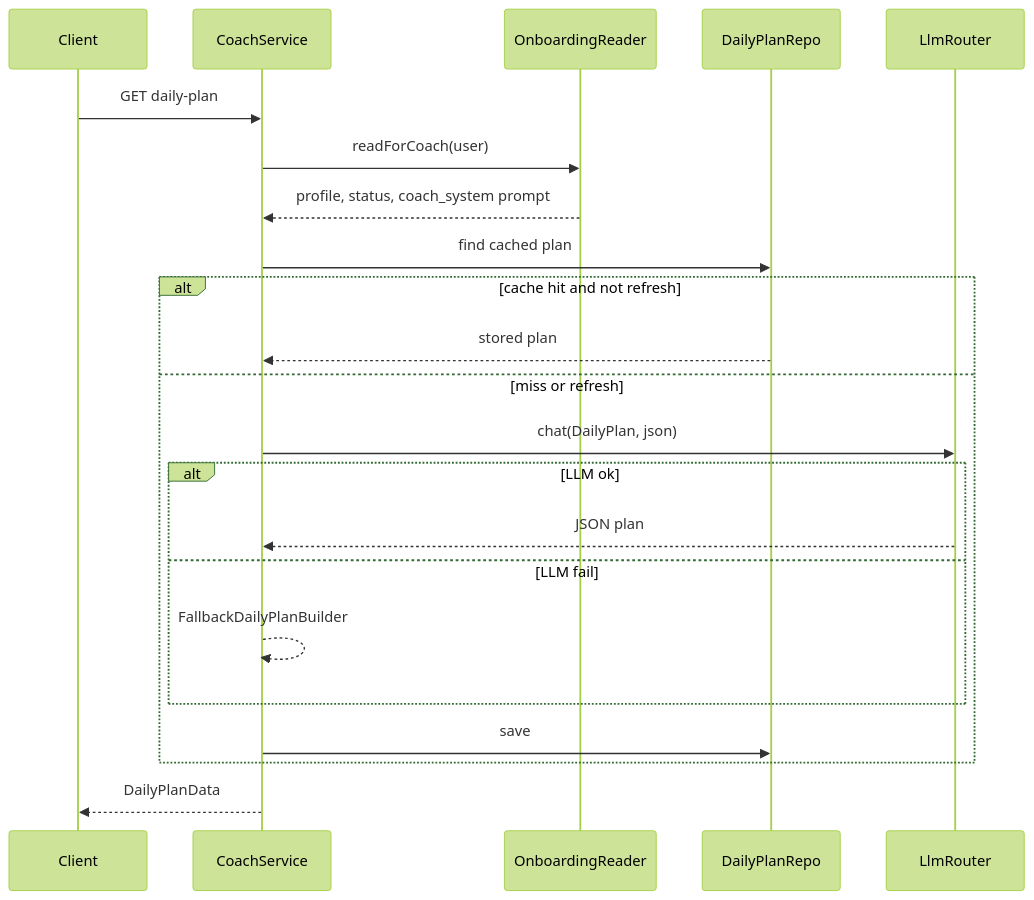
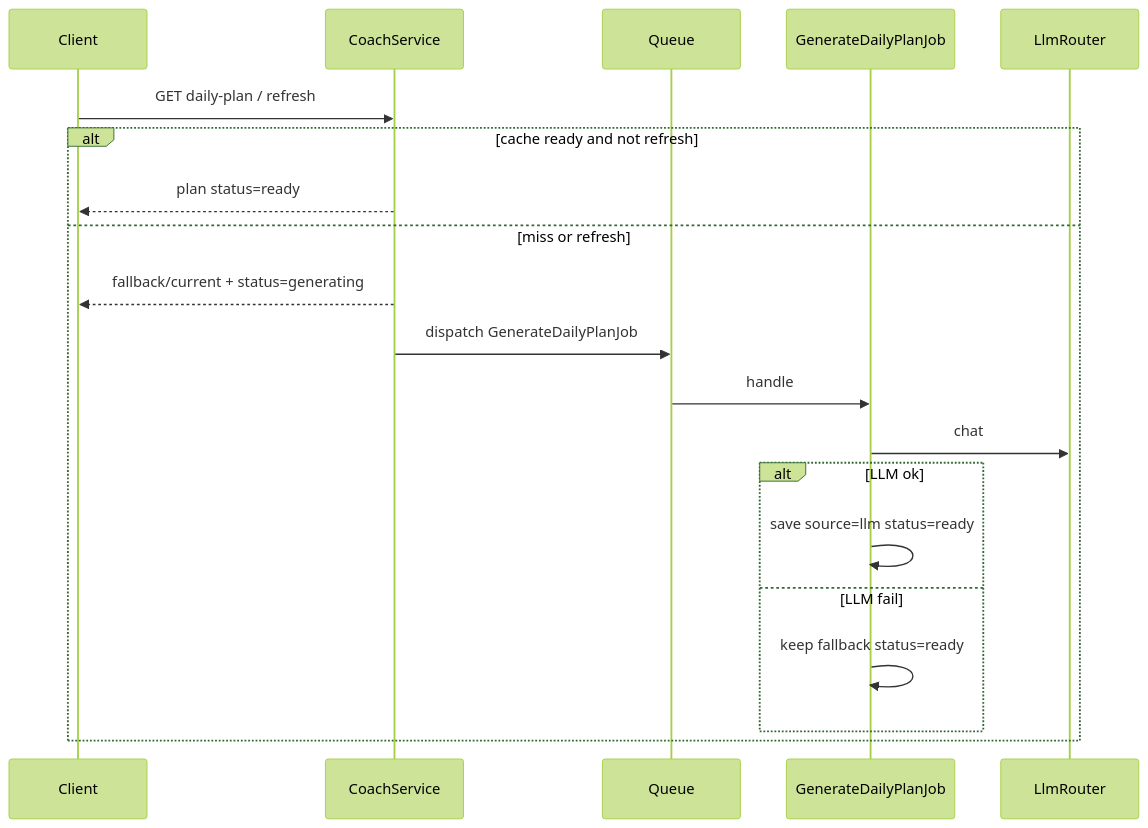
The diagram in docs/coach.md (hopelessness-7/evolv), drawn with Mermaid (forest theme) before and after one commit. The commit also changed other lines of this file and 132 other files, not shown here.

````diff
--- a/docs/coach.md
+++ b/docs/coach.md
@@ -75,25 +106,23 @@
 ```mermaid
 sequenceDiagram
     participant Client
     participant CoachService
-    participant OnboardingReader
-    participant DailyPlanRepo
+    participant Queue
+    participant Job as GenerateDailyPlanJob
     participant LlmRouter
 
-    Client->>CoachService: GET daily-plan
-    CoachService->>OnboardingReader: readForCoach(user)
-    OnboardingReader-->>CoachService: profile, status, coach_system prompt
-    CoachService->>DailyPlanRepo: find cached plan
-    alt cache hit and not refresh
-        DailyPlanRepo-->>CoachService: stored plan
+    Client->>CoachService: GET daily-plan / refresh
+    alt cache ready and not refresh
+        CoachService-->>Client: plan status=ready
     else miss or refresh
-        CoachService->>LlmRouter: chat(DailyPlan, json)
+        CoachService-->>Client: fallback/current + status=generating
+        CoachService->>Queue: dispatch GenerateDailyPlanJob
+        Queue->>Job: handle
+        Job->>LlmRouter: chat
         alt LLM ok
-            LlmRouter-->>CoachService: JSON plan
+            Job->>Job: save source=llm status=ready
         else LLM fail
-            CoachService-->>CoachService: FallbackDailyPlanBuilder
+            Job->>Job: keep fallback status=ready
         end
-        CoachService->>DailyPlanRepo: save
     end
-    CoachService-->>Client: DailyPlanData
 ```
````
